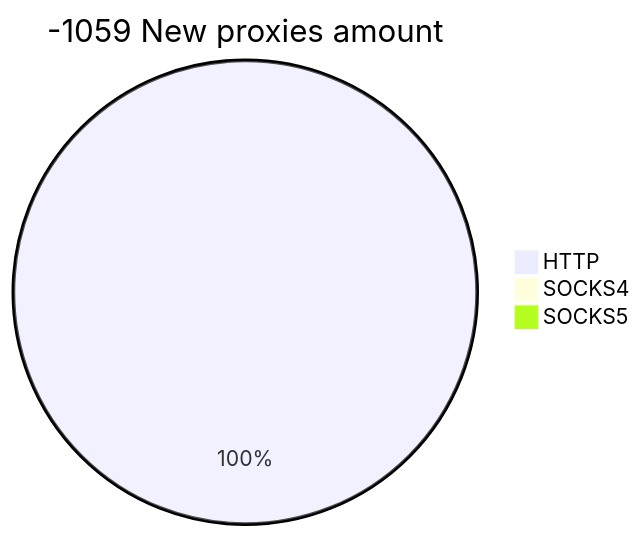
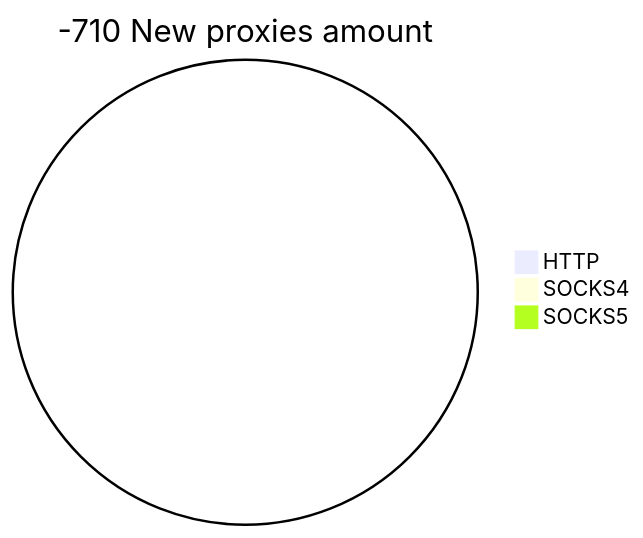
Before and after one commit to cutipu/proxylist: the second of 2 diagrams in README.md, drawn with Mermaid. The commit also changed other lines of this file, not shown here.

````diff
--- a/README.md
+++ b/README.md
@@ -10,6 +10,6 @@
 ```mermaid
-pie title -1059 New proxies amount
-    "HTTP" : 1
+pie title -710 New proxies amount
+    "HTTP" : 0
     "SOCKS4" : 0
     "SOCKS5" : 0
 ```
````
